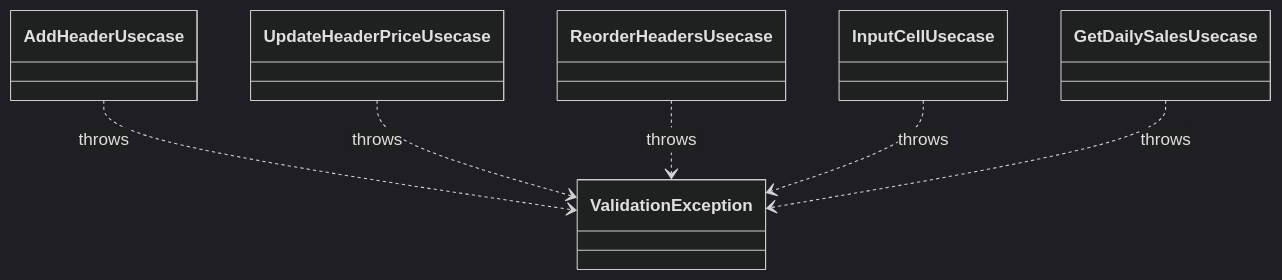
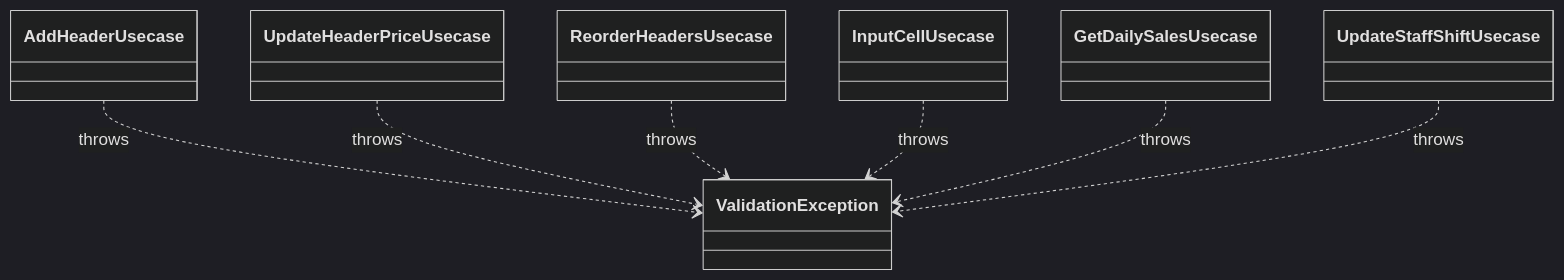
One commit to MinamiyamaKotaro/m3_pad changed the diagram in docs/design/lib/src/core/errors/validation_exception.md. Above: the diagram before and after it, drawn with Mermaid (dark theme). The commit also changed other lines of this file and 35 other files, not shown here.

First line of the commit message:
Reflect payment method, staff shift, and daily summary specs into design docs

````diff
--- a/docs/design/lib/src/core/errors/validation_exception.md
+++ b/docs/design/lib/src/core/errors/validation_exception.md
@@ -14,8 +15,9 @@
 ```mermaid
 classDiagram
     AddHeaderUsecase ..> ValidationException : throws
     UpdateHeaderPriceUsecase ..> ValidationException : throws
     ReorderHeadersUsecase ..> ValidationException : throws
     InputCellUsecase ..> ValidationException : throws
     GetDailySalesUsecase ..> ValidationException : throws
+    UpdateStaffShiftUsecase ..> ValidationException : throws
 ```
````
